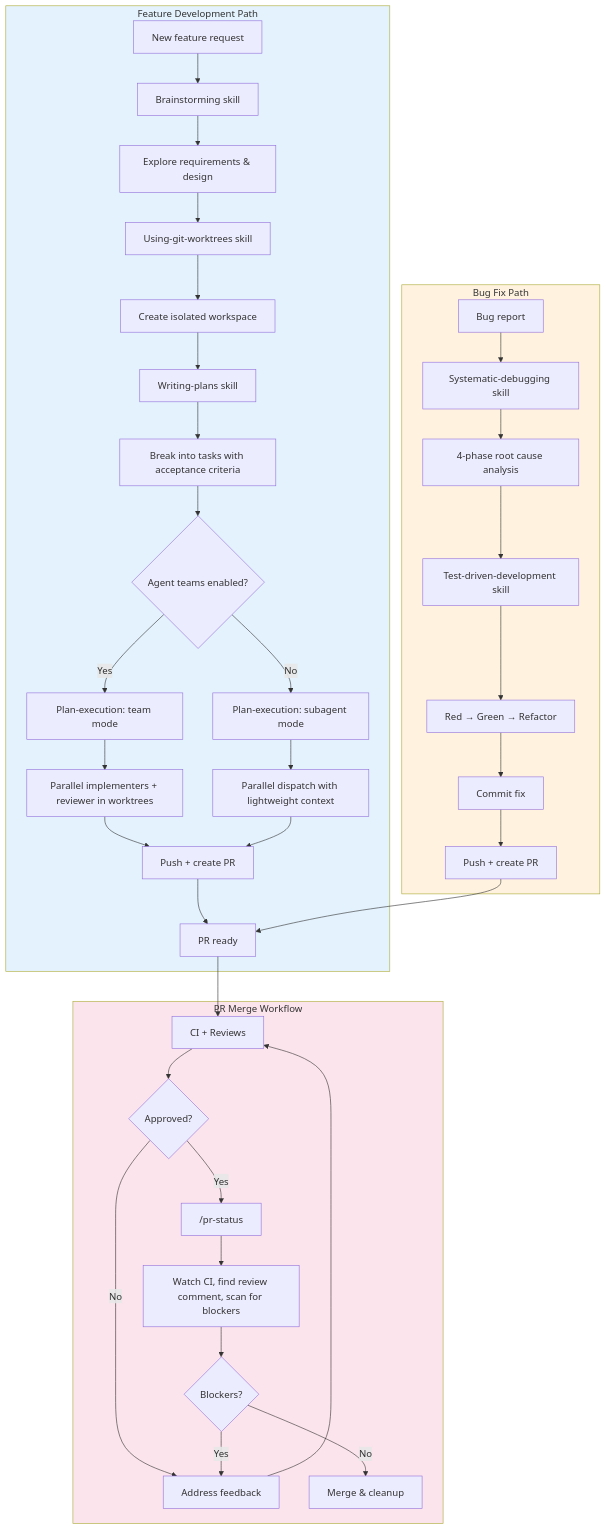
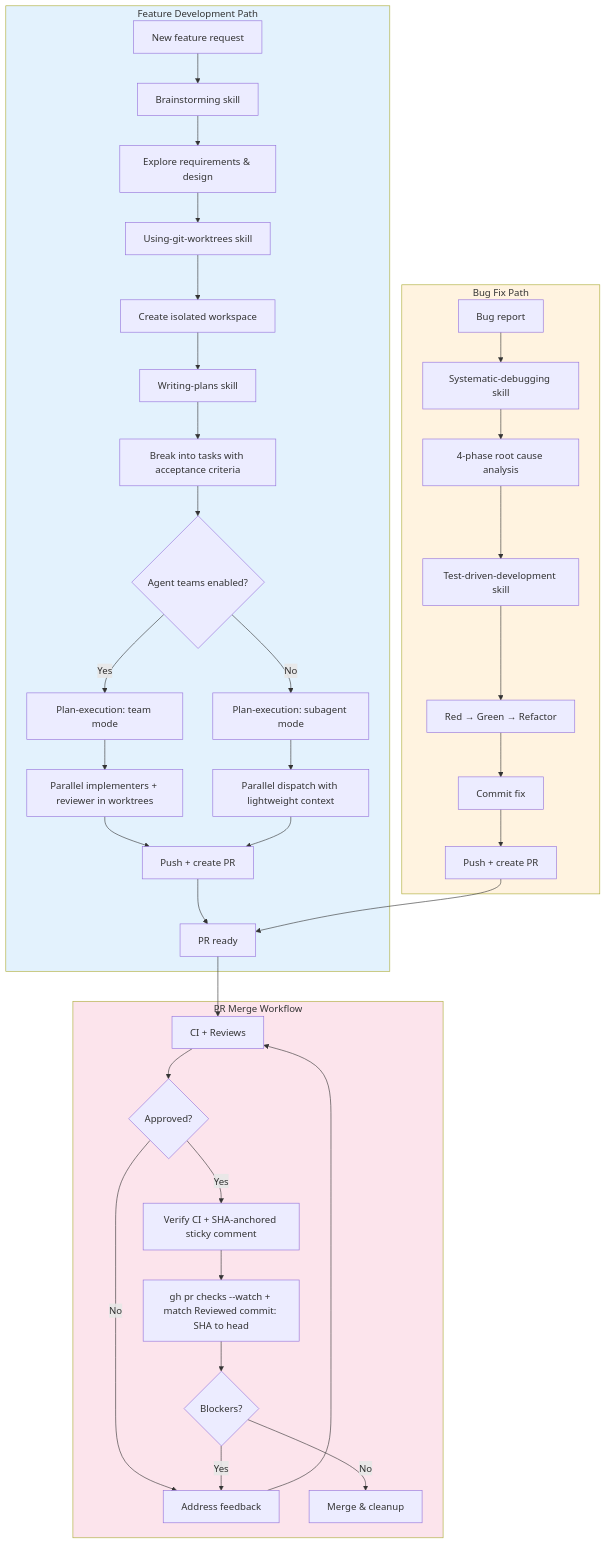
Before and after one commit to tombakerjr/claude-code-workflows: the diagram in README.md, drawn with Mermaid. The commit also changed other lines of this file and 1 other file, not shown here.

First line of the commit message:
chore: scrub /pr-status references + fix hook regex false-positive (#18)

````diff
--- a/README.md
+++ b/README.md
@@ -38,45 +38,45 @@
 ```mermaid
 flowchart TD
     subgraph FEATURE ["Feature Development Path"]
         A[New feature request] --> B[Brainstorming skill]
         B --> C["Explore requirements & design"]
         C --> D[Using-git-worktrees skill]
         D --> E[Create isolated workspace]
         E --> F[Writing-plans skill]
         F --> G["Break into tasks with acceptance criteria"]
         G --> H{Agent teams enabled?}
         H -->|Yes| I1["Plan-execution: team mode"]
         I1 --> I2["Parallel implementers + reviewer in worktrees"]
         H -->|No| I3["Plan-execution: subagent mode"]
         I3 --> I4["Parallel dispatch with lightweight context"]
         I2 --> J["Push + create PR"]
         I4 --> J
         J --> K[PR ready]
     end
 
     subgraph BUG ["Bug Fix Path"]
         L[Bug report] --> M[Systematic-debugging skill]
         M --> N["4-phase root cause analysis"]
         N --> O[Test-driven-development skill]
         O --> P["Red → Green → Refactor"]
         P --> Q[Commit fix]
         Q --> R["Push + create PR"]
         R --> K
     end
 
     subgraph MERGE ["PR Merge Workflow"]
         K --> S[CI + Reviews]
         S --> T{Approved?}
         T -->|No| U[Address feedback]
         U --> S
-        T -->|Yes| V["/pr-status"]
-        V --> W["Watch CI, find review comment, scan for blockers"]
+        T -->|Yes| V["Verify CI + SHA-anchored sticky comment"]
+        V --> W["gh pr checks --watch + match Reviewed commit: SHA to head"]
         W --> X{Blockers?}
         X -->|Yes| U
         X -->|No| Y[Merge & cleanup]
     end
 
     style FEATURE fill:#e3f2fd
     style BUG fill:#fff3e0
     style MERGE fill:#fce4ec
 ```
````
